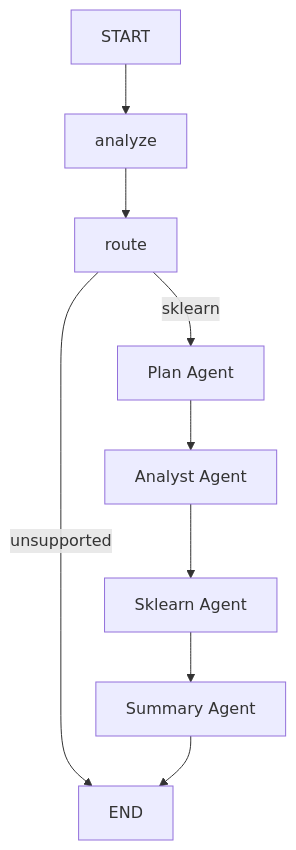
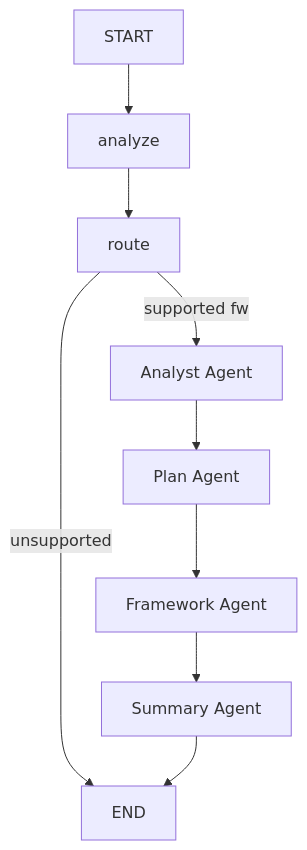
The diagram in backend/src/scientist_bin_backend/agents/central/README.md (lblogan14/Scientist-Bin), drawn with Mermaid before and after one commit. The commit also changed other lines of this file and 34 other files, not shown here.

Commit message:
feat: redesign the agent flow; start with central orchestrator

````diff
--- a/backend/src/scientist_bin_backend/agents/central/README.md
+++ b/backend/src/scientist_bin_backend/agents/central/README.md
@@ -7,11 +7,11 @@
 ```mermaid
 graph TD
     A[START] --> B[analyze]
     B --> C[route]
-    C -->|sklearn| D[Plan Agent]
+    C -->|supported fw| D[Analyst Agent]
     C -->|unsupported| Z[END]
-    D --> E[Analyst Agent]
-    E --> F[Sklearn Agent]
+    D --> E[Plan Agent]
+    E --> F[Framework Agent]
     F --> G[Summary Agent]
     G --> Z
 ```
````
